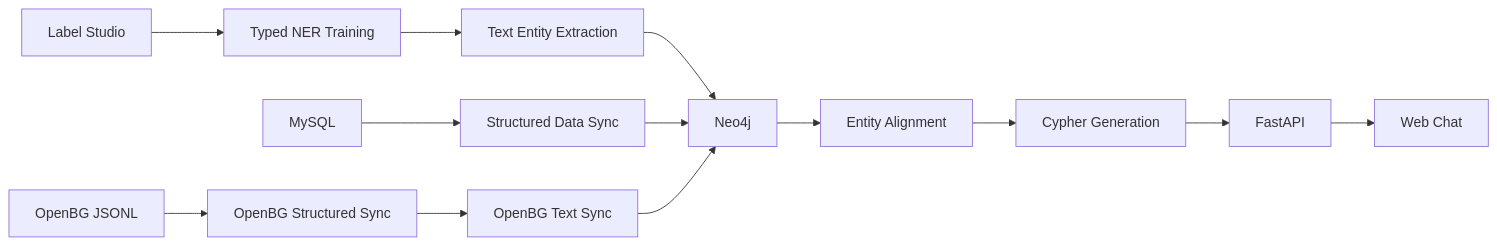
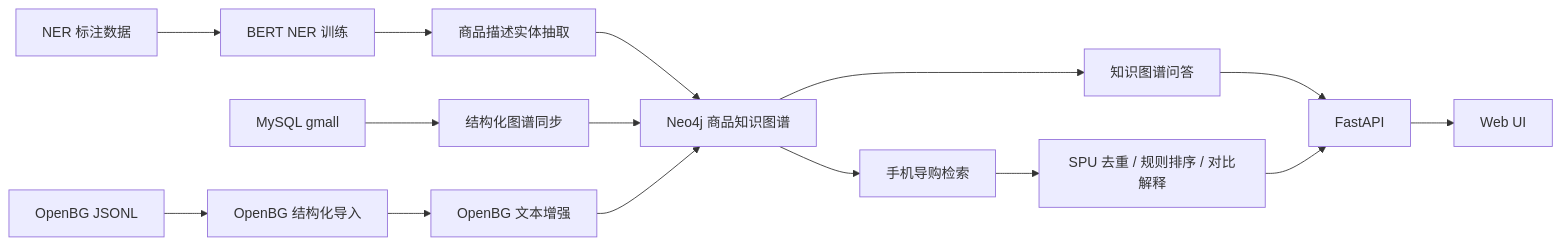
The diagram in README.md (xiaoqkw/ec-knowledge-graph), drawn with Mermaid before and after one commit. The commit also changed other lines of this file and 19 other files, not shown here.

Commit message:
Add multi-turn phone shopping dialogue flow

````diff
--- a/README.md
+++ b/README.md
@@ -36,15 +21,21 @@
 ```mermaid
 flowchart LR
-    A[Label Studio] --> B[Typed NER Training]
-    B --> C[Text Entity Extraction]
-    D[MySQL] --> E[Structured Data Sync]
-    F[OpenBG JSONL] --> G[OpenBG Structured Sync]
-    G --> H[OpenBG Text Sync]
-    C --> I[Neo4j]
-    E --> I[Neo4j]
-    H --> I[Neo4j]
-    I --> J[Entity Alignment]
-    J --> K[Cypher Generation]
-    K --> L[FastAPI]
-    L --> M[Web Chat]
+    A[NER 标注数据] --> B[BERT NER 训练]
+    B --> C[商品描述实体抽取]
+
+    D[MySQL gmall] --> E[结构化图谱同步]
+    F[OpenBG JSONL] --> G[OpenBG 结构化导入]
+    G --> H[OpenBG 文本增强]
+
+    C --> I[Neo4j 商品知识图谱]
+    E --> I
+    H --> I
+
+    I --> J[知识图谱问答]
+    I --> K[手机导购检索]
+
+    K --> L[SPU 去重 / 规则排序 / 对比解释]
+    J --> M[FastAPI]
+    L --> M
+    M --> N[Web UI]
 ```
````
